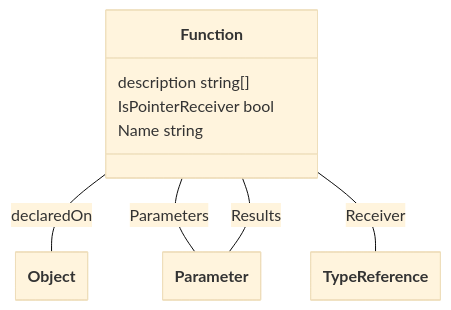
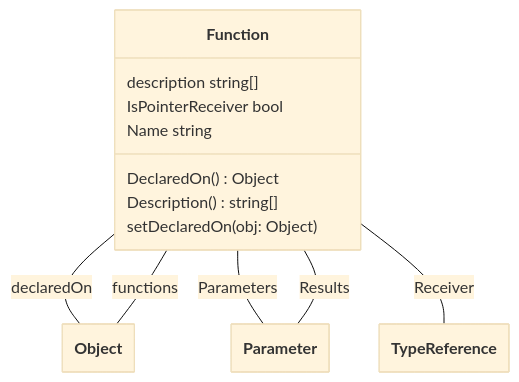
Before and after one commit to theunrepentantgeek/crddoc: the third of 17 diagrams in docs/model/model.md, drawn with Mermaid (base theme). The commit also changed other lines of this file, not shown here.

````diff
--- a/docs/model/model.md
+++ b/docs/model/model.md
@@ -102,28 +144,33 @@
 ```mermaid
 ---
   config:
     class:
       hideEmptyMembersBox: true
 ---
 classDiagram
 
 class Function["Function"]{  
       description string[]  
       IsPointerReceiver bool  
-      Name string
+      Name string  
+      DeclaredOn()Object  
+      Description()string[]  
+      setDeclaredOn(obj: Object)
 
 
 } 
 
+Object -- Function : functions 
 
 Function -- Object : declaredOn 
 Function -- Parameter : Parameters 
 Function -- TypeReference : Receiver 
 Function -- Parameter : Results 
 
 class Object["Object"]
+class Object["Object"]
 class Parameter["Parameter"]
 class TypeReference["TypeReference"]
 class Parameter["Parameter"]
 
 ```
````
